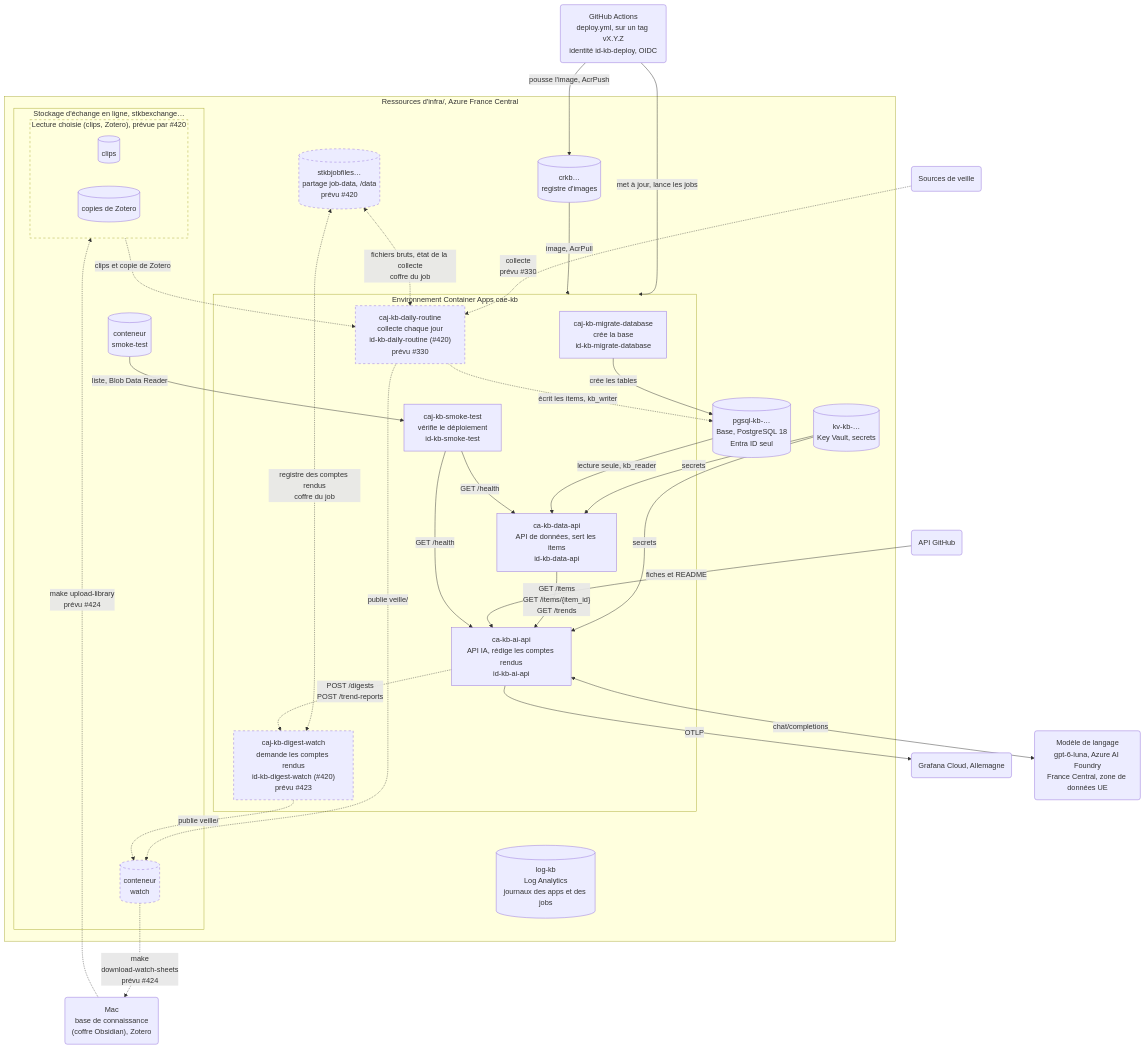
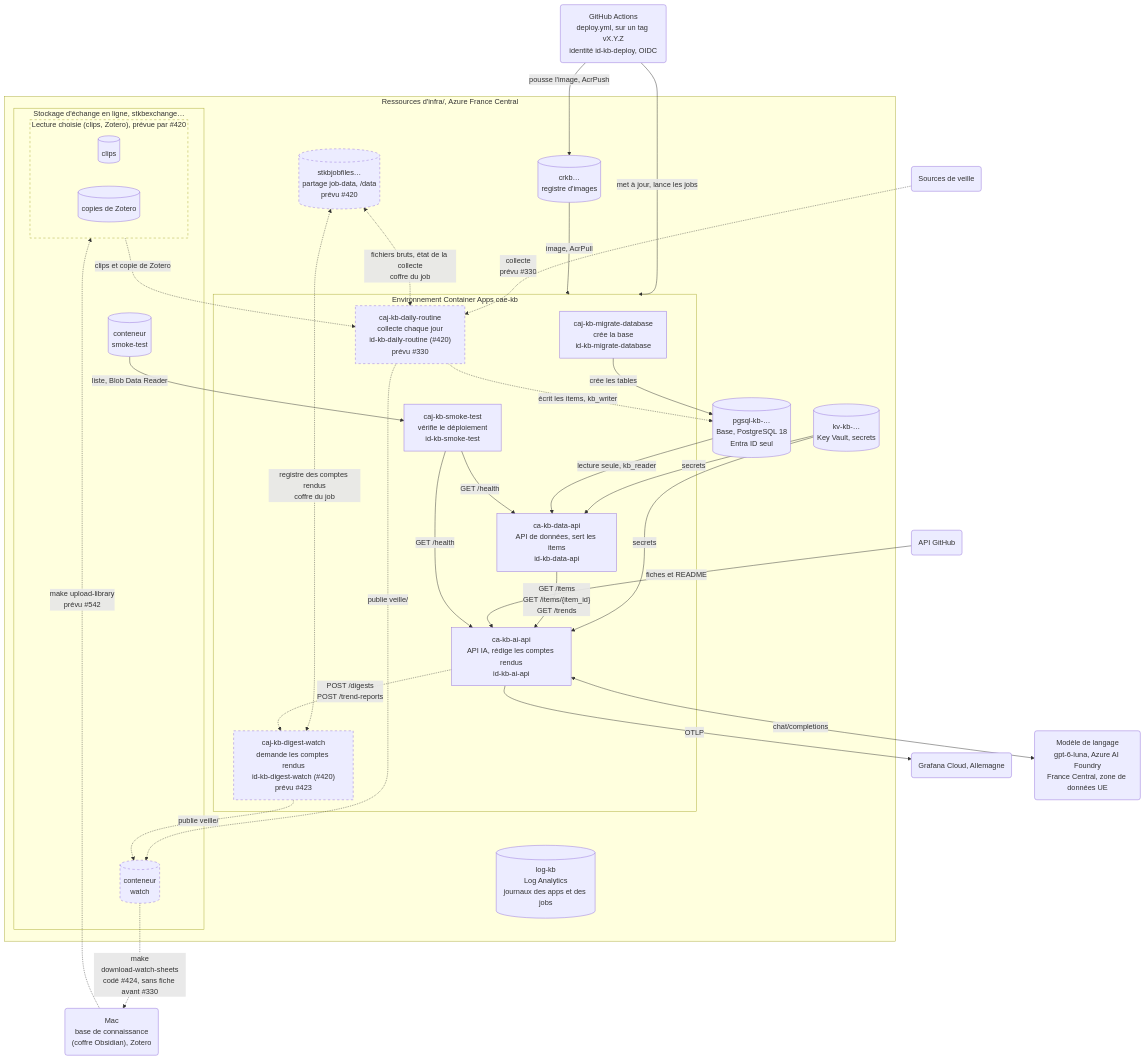
Before and after one commit to SabineLaurent/K-B: the fourth of 4 diagrams in documentation/architecture_pour_docu.md, drawn with Mermaid. The commit also changed other lines of this file and 14 other files, not shown here.

First line of the commit message:
feat: download the sheets of watch to the vault of the Mac, by the account of az login (issue 424)

````diff
--- a/documentation/architecture_pour_docu.md
+++ b/documentation/architecture_pour_docu.md
@@ -370,61 +371,61 @@
 ```mermaid
 flowchart TB
     actions("GitHub Actions<br>deploy.yml, sur un tag vX.Y.Z<br>identité id-kb-deploy, OIDC")
     mac("Mac<br>base de connaissance<br>(coffre Obsidian), Zotero")
     sources("Sources de veille")
     subgraph azure["Ressources d'infra/, Azure France Central"]
         registry[("crkb…<br>registre d'images")]
         keyVault[("kv-kb-…<br>Key Vault, secrets")]
         logs[("log-kb<br>Log Analytics<br>journaux des apps et des jobs")]
         subgraph cae["Environnement Container Apps cae-kb"]
             migrateJob["caj-kb-migrate-database<br>crée la base<br>id-kb-migrate-database"]
             smokeJob["caj-kb-smoke-test<br>vérifie le déploiement<br>id-kb-smoke-test"]
             dataApi["ca-kb-data-api<br>API de données, sert les items<br>id-kb-data-api"]
             aiApi["ca-kb-ai-api<br>API IA, rédige les comptes rendus<br>id-kb-ai-api"]
             dailyJob["caj-kb-daily-routine<br>collecte chaque jour<br>id-kb-daily-routine (#420)<br>prévu #330"]
             digestJob["caj-kb-digest-watch<br>demande les comptes rendus<br>id-kb-digest-watch (#420)<br>prévu #423"]
         end
         base[("pgsql-kb-…<br>Base, PostgreSQL 18<br>Entra ID seul")]
         subgraph exchange["Stockage d'échange en ligne, stkbexchange…"]
             smokeContainer[("conteneur<br>smoke-test")]
             subgraph choice["Lecture choisie (clips, Zotero), prévue par #420"]
                 clipContainer[("clips")]
                 zoteroContainer[("copies de Zotero")]
             end
             watchContainer[("conteneur<br>watch")]
         end
         jobFiles[("stkbjobfiles…<br>partage job-data, /data<br>prévu #420")]
     end
     grafana("Grafana Cloud, Allemagne")
     githubApi("API GitHub")
     model("Modèle de langage<br>gpt-6-luna, Azure AI Foundry<br>France Central, zone de données UE")
     style dailyJob stroke-dasharray: 5 5
     style digestJob stroke-dasharray: 5 5
     style choice stroke-dasharray: 5 5
     style watchContainer stroke-dasharray: 5 5
     style jobFiles stroke-dasharray: 5 5
     actions -->|"pousse l'image, AcrPush"| registry
     actions -->|"met à jour, lance les jobs"| cae
     registry -->|"image, AcrPull"| cae
     keyVault -->|"secrets"| dataApi
     keyVault -->|"secrets"| aiApi
     migrateJob -->|"crée les tables"| base
     base -->|"lecture seule, kb_reader"| dataApi
     dataApi -->|"GET /items<br>GET /items/{item_id}<br>GET /trends"| aiApi
     aiApi -->|"OTLP"| grafana
     githubApi -->|"fiches et README"| aiApi
     aiApi <-->|"chat/completions"| model
     smokeContainer -->|"liste, Blob Data Reader"| smokeJob
     smokeJob -->|"GET /health"| dataApi
     smokeJob -->|"GET /health"| aiApi
-    mac -.->|"make upload-library<br>prévu #424"| choice
+    mac -.->|"make upload-library<br>prévu #542"| choice
     sources -.->|"collecte<br>prévu #330"| dailyJob
     choice -.->|"clips et copie de Zotero"| dailyJob
     dailyJob -.->|"écrit les items, kb_writer"| base
     jobFiles <-.->|"fichiers bruts, état de la collecte<br>coffre du job"| dailyJob
     jobFiles <-.->|"registre des comptes rendus<br>coffre du job"| digestJob
     aiApi -.->|"POST /digests<br>POST /trend-reports"| digestJob
     dailyJob -.->|"publie veille/"| watchContainer
     digestJob -.->|"publie veille/"| watchContainer
-    watchContainer -.->|"make<br>download-watch-sheets<br>prévu #424"| mac
+    watchContainer -.->|"make<br>download-watch-sheets<br>codé #424, sans fiche avant #330"| mac
 ```
````
